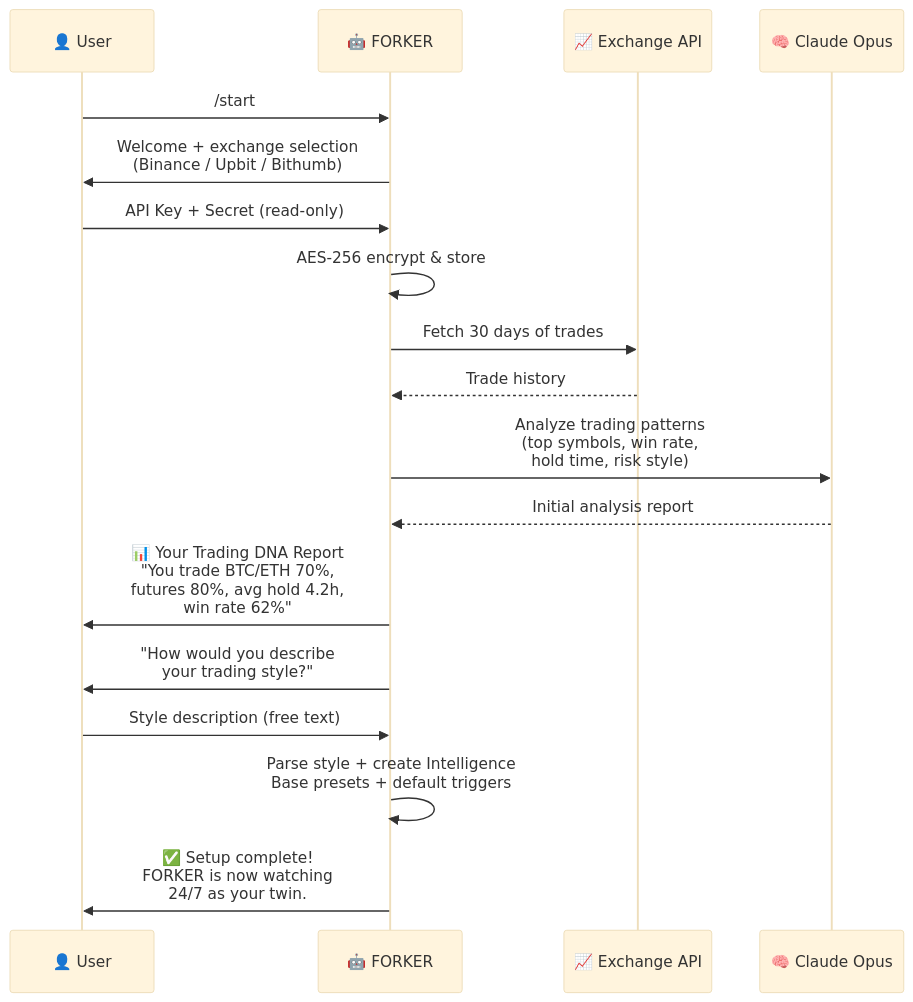
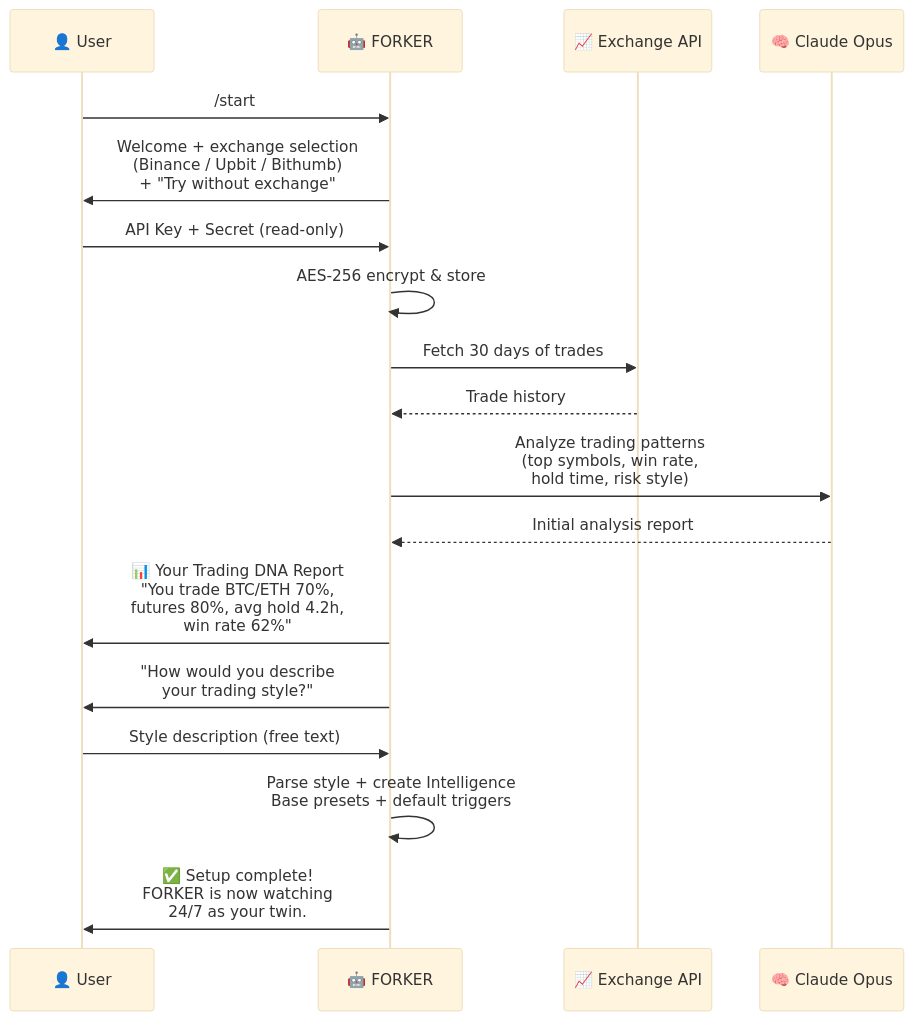
One commit to dai-juju/TRADEFORK-v4.2 changed the fourth of 4 diagrams in README.md. Above: the diagram before and after it, drawn with Mermaid (base theme). The commit also changed other lines of this file, not shown here.

First line of the commit message:
Update README: dual bot, trial mode, demo endpoints, try-it links

````diff
--- a/README.md
+++ b/README.md
@@ -208,21 +220,21 @@
 ```mermaid
 sequenceDiagram
     participant U as 👤 User
     participant F as 🤖 FORKER
     participant EX as 📈 Exchange API
     participant AI as 🧠 Claude Opus
 
     U->>F: /start
-    F->>U: Welcome + exchange selection<br/>(Binance / Upbit / Bithumb)
+    F->>U: Welcome + exchange selection<br/>(Binance / Upbit / Bithumb)<br/>+ "Try without exchange"
     U->>F: API Key + Secret (read-only)
     F->>F: AES-256 encrypt & store
     F->>EX: Fetch 30 days of trades
     EX-->>F: Trade history
     F->>AI: Analyze trading patterns<br/>(top symbols, win rate,<br/>hold time, risk style)
     AI-->>F: Initial analysis report
     F->>U: 📊 Your Trading DNA Report<br/>"You trade BTC/ETH 70%,<br/>futures 80%, avg hold 4.2h,<br/>win rate 62%"
     F->>U: "How would you describe<br/>your trading style?"
     U->>F: Style description (free text)
     F->>F: Parse style + create Intelligence<br/>Base presets + default triggers
     F->>U: ✅ Setup complete!<br/>FORKER is now watching<br/>24/7 as your twin.
 ```
````
